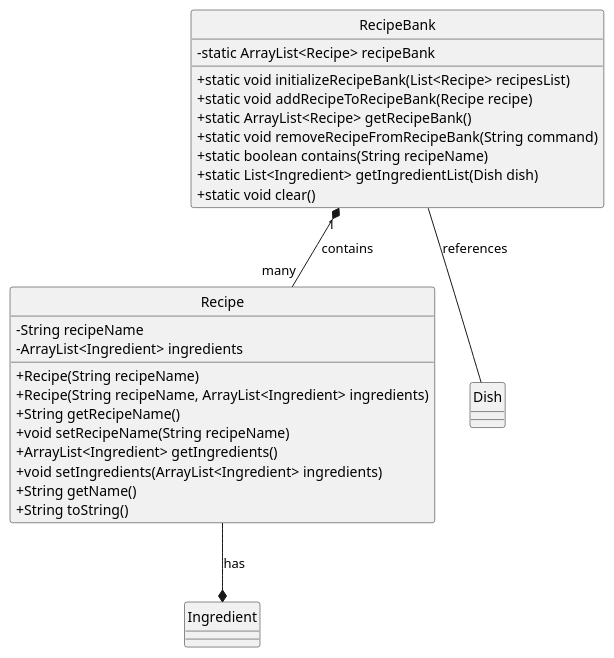
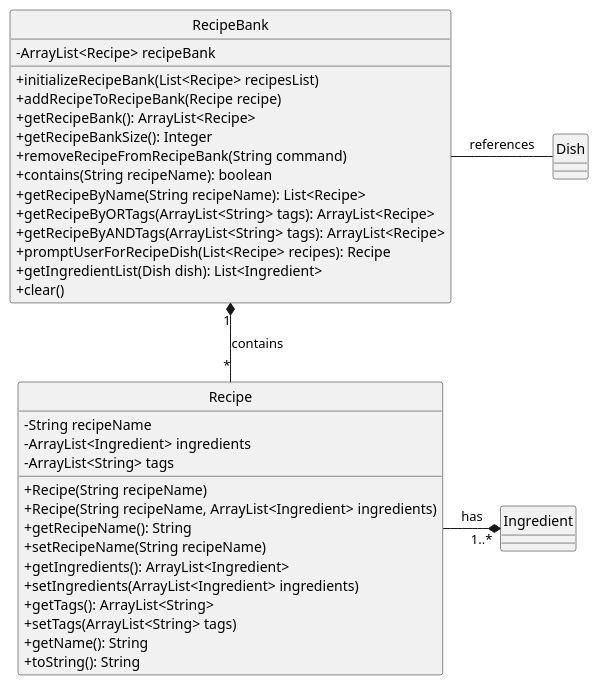
The diagram in src/main/java/seedu/cookingaids/diagrams/Items.puml (whalesyong/tp), drawn with PlantUML before and after one commit. The commit also changed 3 other files, not shown here.

```diff
--- a/src/main/java/seedu/cookingaids/diagrams/Items.puml
+++ b/src/main/java/seedu/cookingaids/diagrams/Items.puml
@@ -1,35 +1,43 @@
 @startuml
 hide circle
 skinparam classAttributeIconSize 0
 
 class Recipe {
     - String recipeName
     - ArrayList<Ingredient> ingredients
+    - ArrayList<String> tags
 
     + Recipe(String recipeName)
     + Recipe(String recipeName, ArrayList<Ingredient> ingredients)
-    + String getRecipeName()
-    + void setRecipeName(String recipeName)
-    + ArrayList<Ingredient> getIngredients()
-    + void setIngredients(ArrayList<Ingredient> ingredients)
-    + String getName()
-    + String toString()
+    + getRecipeName(): String
+    + setRecipeName(String recipeName)
+    + getIngredients(): ArrayList<Ingredient>
+    + setIngredients(ArrayList<Ingredient> ingredients)
+    + getTags(): ArrayList<String>
+    + setTags(ArrayList<String> tags)
+    + getName(): String
+    + toString(): String
 }
 
 class RecipeBank {
-    - static ArrayList<Recipe> recipeBank
+    - ArrayList<Recipe> recipeBank
 
-    + static void initializeRecipeBank(List<Recipe> recipesList)
-    + static void addRecipeToRecipeBank(Recipe recipe)
-    + static ArrayList<Recipe> getRecipeBank()
-    + static void removeRecipeFromRecipeBank(String command)
-    + static boolean contains(String recipeName)
-    + static List<Ingredient> getIngredientList(Dish dish)
-    + static void clear()
+    + initializeRecipeBank(List<Recipe> recipesList)
+    + addRecipeToRecipeBank(Recipe recipe)
+    + getRecipeBank(): ArrayList<Recipe>
+    + getRecipeBankSize(): Integer
+    + removeRecipeFromRecipeBank(String command)
+    + contains(String recipeName): boolean
+    + getRecipeByName(String recipeName): List<Recipe>
+    + getRecipeByORTags(ArrayList<String> tags): ArrayList<Recipe>
+    + getRecipeByANDTags(ArrayList<String> tags): ArrayList<Recipe>
+    + promptUserForRecipeDish(List<Recipe> recipes): Recipe
+    + getIngredientList(Dish dish): List<Ingredient>
+    + clear()
 }
 
-RecipeBank "1" *-- "many" Recipe : contains
-Recipe --* Ingredient : has
-RecipeBank -- Dish : references
+RecipeBank "1" *-- "*" Recipe : contains
+Recipe -* "1..*" Ingredient : has
+RecipeBank - Dish : references
 
 @enduml
```
